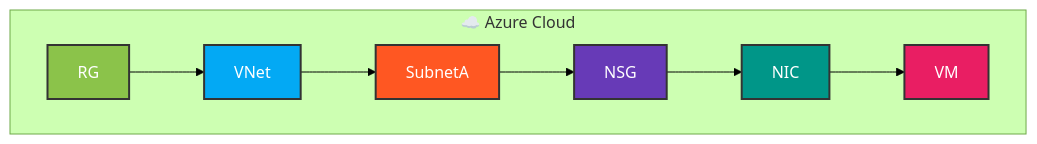
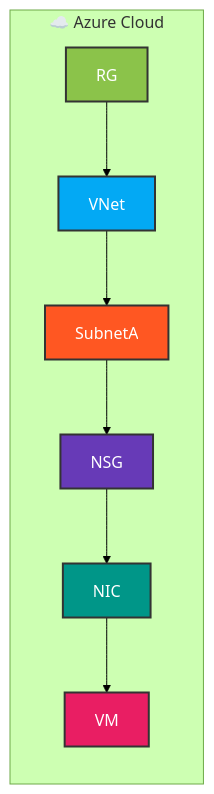
The second of 2 diagrams in README.md (obintui10/terraform-multi-cloud-infra-demo), drawn with Mermaid (forest theme) before and after one commit.

````diff
--- a/README.md
+++ b/README.md
@@ -147,16 +147,16 @@
 ```mermaid
 %% Azure Diagram
-flowchart TD
+flowchart LR
   subgraph Azure["☁️ Azure Cloud"]
     RG --> VNet --> SubnetA --> NSG --> NIC --> VM
   end
 
   %% Azure colors
   style RG fill:#8BC34A,stroke:#333,stroke-width:2px,color:#fff
   style VNet fill:#03A9F4,stroke:#333,stroke-width:2px,color:#fff
   style SubnetA fill:#FF5722,stroke:#333,stroke-width:2px,color:#fff
   style NSG fill:#673AB7,stroke:#333,stroke-width:2px,color:#fff
   style NIC fill:#009688,stroke:#333,stroke-width:2px,color:#fff
   style VM fill:#E91E63,stroke:#333,stroke-width:2px,color:#fff
 
 ```
````
